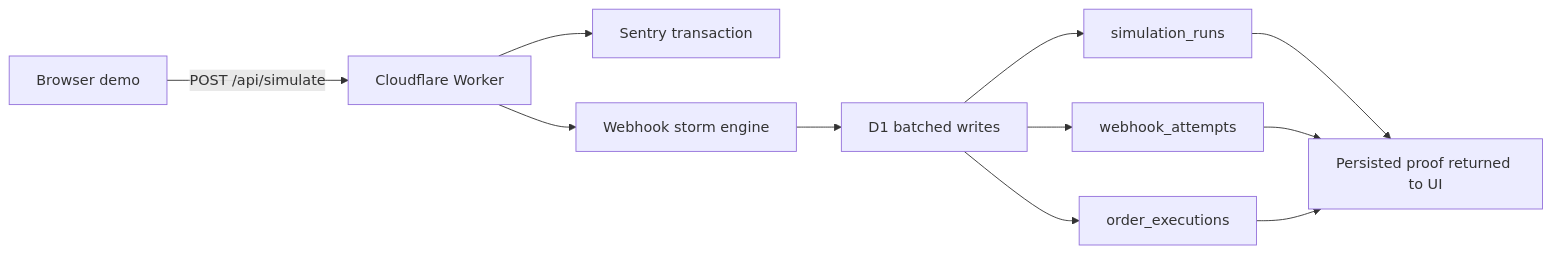
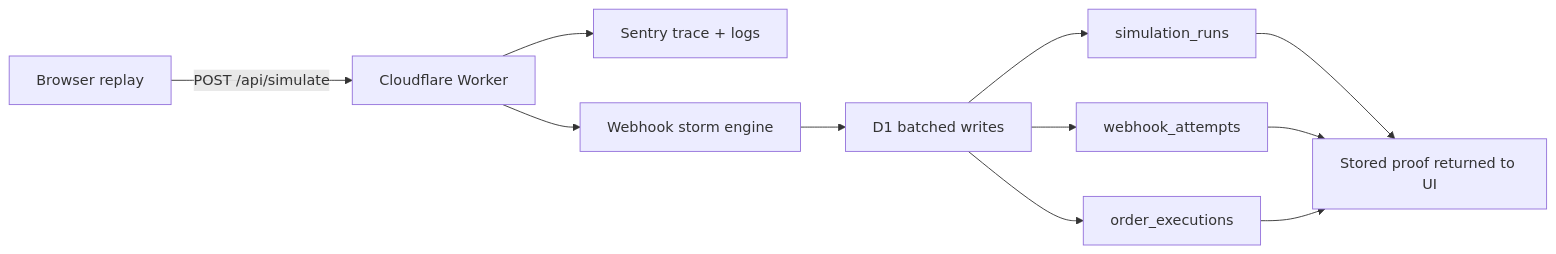
The diagram in README.md (OtienoKeith/revenueguard), drawn with Mermaid before and after one commit. The commit also changed other lines of this file and 13 other files, not shown here.

Commit message:
Deploy focused demo to Cloudflare

````diff
--- a/README.md
+++ b/README.md
@@ -42,11 +34,11 @@
 ```mermaid
 flowchart LR
-  A["Browser demo"] -->|POST /api/simulate| B["Cloudflare Worker"]
-  B --> C["Sentry transaction"]
+  A["Browser replay"] -->|POST /api/simulate| B["Cloudflare Worker"]
+  B --> C["Sentry trace + logs"]
   B --> D["Webhook storm engine"]
   D --> E["D1 batched writes"]
   E --> F["simulation_runs"]
   E --> G["webhook_attempts"]
   E --> H["order_executions"]
-  F & G & H --> I["Persisted proof returned to UI"]
+  F & G & H --> I["Stored proof returned to UI"]
 ```
````
